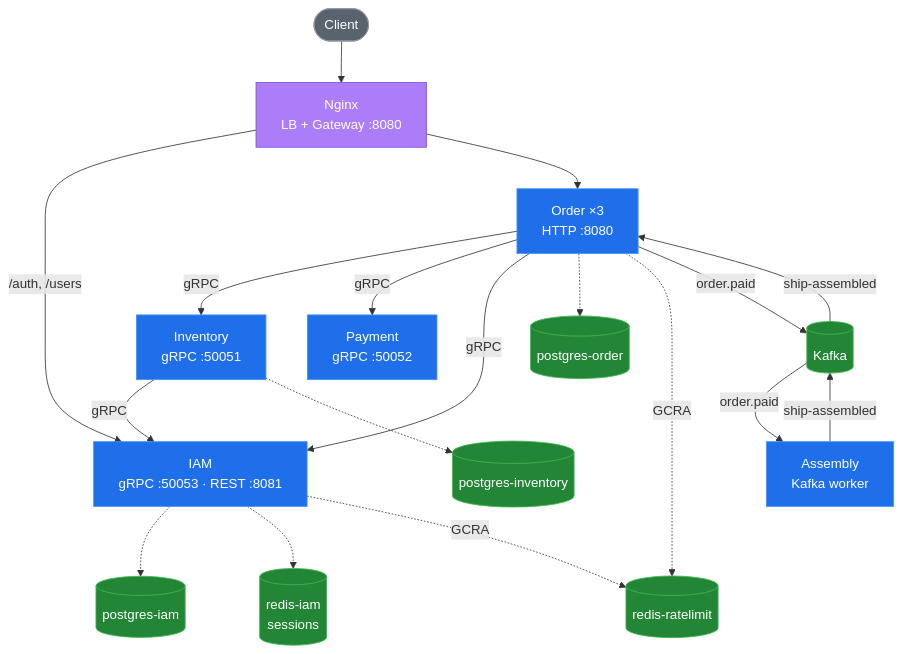
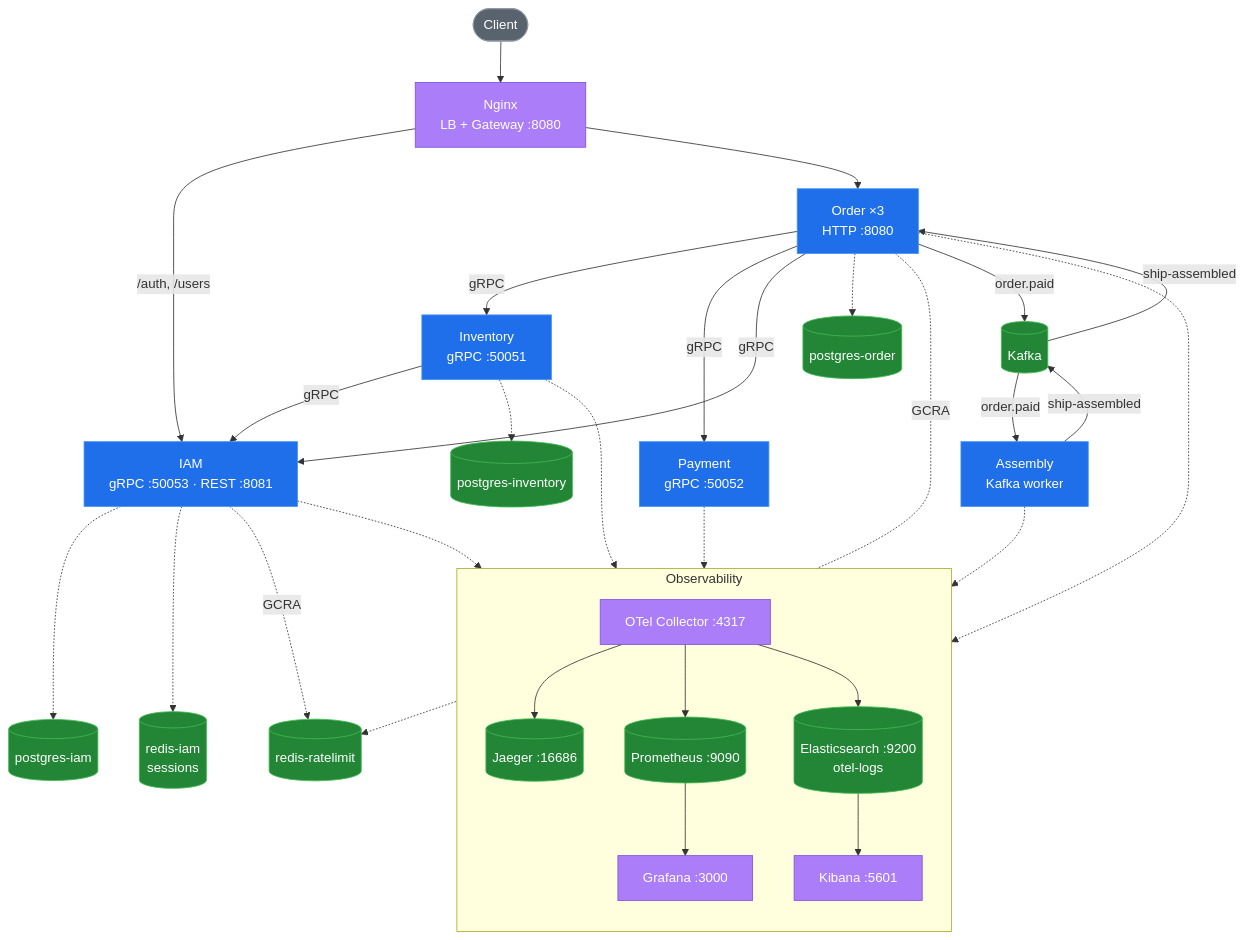
The first of 3 diagrams in README.md (krapagen/my_microservices_rocket), drawn with Mermaid before and after one commit. The commit also changed other lines of this file and 30 other files, not shown here.

````diff
--- a/README.md
+++ b/README.md
@@ -18,40 +18,58 @@
 ```mermaid
 flowchart TB
     client([Client]):::ext
     nginx[Nginx<br/>LB + Gateway :8080]:::edge
 
     order[Order ×3<br/>HTTP :8080]:::svc
     iam[IAM<br/>gRPC :50053 · REST :8081]:::svc
     inventory[Inventory<br/>gRPC :50051]:::svc
     payment[Payment<br/>gRPC :50052]:::svc
     assembly[Assembly<br/>Kafka worker]:::svc
 
     order_pg[(postgres-order)]:::db
     inv_pg[(postgres-inventory)]:::db
     iam_pg[(postgres-iam)]:::db
     sessions[(redis-iam<br/>sessions)]:::db
     ratelimit[(redis-ratelimit)]:::db
     kafka[(Kafka)]:::db
 
     client --> nginx
     nginx -->|/auth, /users| iam
     nginx --> order
 
     order -->|gRPC| inventory & payment & iam
     inventory -->|gRPC| iam
 
     order -.-> order_pg
     inventory -.-> inv_pg
     iam -.-> iam_pg & sessions
     order & iam -.->|GCRA| ratelimit
 
     order -->|order.paid| kafka
     kafka -->|order.paid| assembly
     assembly -->|ship-assembled| kafka
     kafka -->|ship-assembled| order
 
+    subgraph Observability
+        direction TB
+        otel[OTel Collector :4317]:::edge
+        jaeger[(Jaeger :16686)]:::db
+        prom[(Prometheus :9090)]:::db
+        es[(Elasticsearch :9200<br/>otel-logs)]:::db
+        grafana[Grafana :3000]:::edge
+        kibana[Kibana :5601]:::edge
+
+        otel --> jaeger
+        otel --> prom
+        otel --> es
+        prom --> grafana
+        es --> kibana
+    end
+
+    order & inventory & payment & assembly & iam -.-> otel
+
     classDef ext fill:#59636e,stroke:#9198a1,color:#fff
     classDef edge fill:#ab7df8,stroke:#8250df,color:#fff
     classDef svc fill:#1f6feb,stroke:#4493f8,color:#fff
     classDef db fill:#238636,stroke:#3fb950,color:#fff
 ```
````
